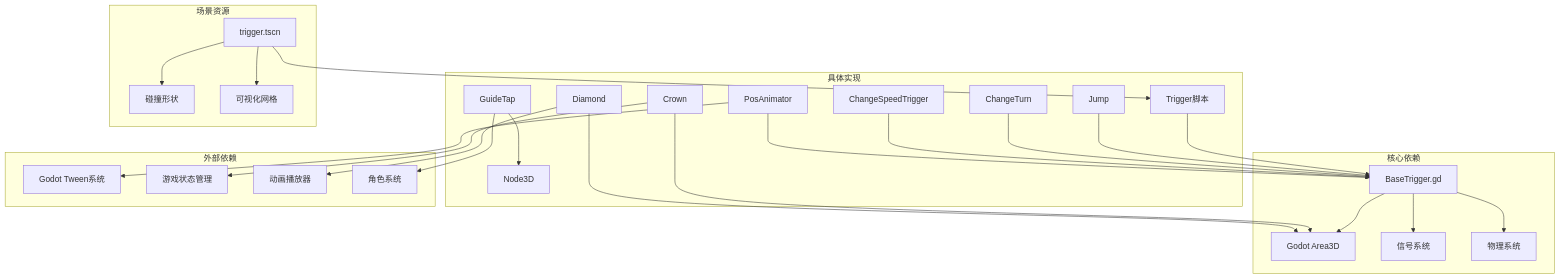
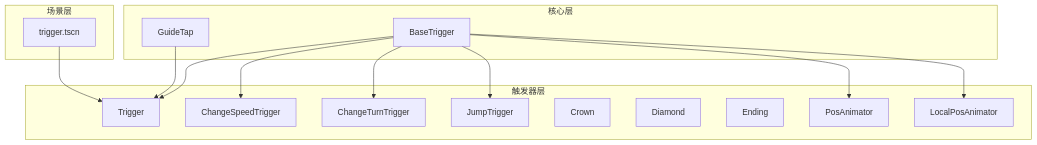
One commit to godotline/godot-line changed the seventh of 7 diagrams in .qoder/repowiki/zh/content/游戏系统/触发器系统/引导触发器.md. Above: the diagram before and after it, drawn with Mermaid. The commit also changed other lines of this file and 212 other files, not shown here.

````diff
--- a/.qoder/repowiki/zh/content/游戏系统/触发器系统/引导触发器.md
+++ b/.qoder/repowiki/zh/content/游戏系统/触发器系统/引导触发器.md
@@ -402,29 +338,29 @@
 ```mermaid
 graph TB
-subgraph "核心依赖"
-BaseTrigger[BaseTrigger.gd] --> Area3D[Godot Area3D]
-BaseTrigger --> Signal[信号系统]
-BaseTrigger --> Physics[物理系统]
+subgraph "核心层"
+BaseTrigger[BaseTrigger]
+GuideTap[GuideTap]
 end
-subgraph "具体实现"
-Trigger --> BaseTrigger
-Jump --> BaseTrigger
-ChangeTurn --> BaseTrigger
-ChangeSpeedTrigger --> BaseTrigger
-PosAnimator --> BaseTrigger
-Crown --> Area3D
-Diamond --> Area3D
-GuideTap --> Node3D
+subgraph "触发器层"
+Trigger[Trigger]
+Speed[ChangeSpeedTrigger]
+Turn[ChangeTurnTrigger]
+Jump[JumpTrigger]
+Crown[Crown]
+Diamond[Diamond]
+Ending[Ending]
+PosAnim[PosAnimator]
+LocalPos[LocalPosAnimator]
 end
-subgraph "外部依赖"
-PosAnimator --> Tween[Godot Tween系统]
-Crown --> State[游戏状态管理]
-Diamond --> AnimationPlayer[动画播放器]
-GuideTap --> CharacterBody3D[角色系统]
+subgraph "场景层"
+TriggerScene[trigger.tscn]
 end
-subgraph "场景资源"
-trigger.tscn --> Trigger[Trigger脚本]
-trigger.tscn --> CollisionShape3D[碰撞形状]
-trigger.tscn --> MeshInstance3D[可视化网格]
-end
+BaseTrigger --> Trigger
+BaseTrigger --> Speed
+BaseTrigger --> Turn
+BaseTrigger --> Jump
+BaseTrigger --> PosAnim
+BaseTrigger --> LocalPos
+GuideTap --> Trigger
+TriggerScene --> Trigger
 ```
````
